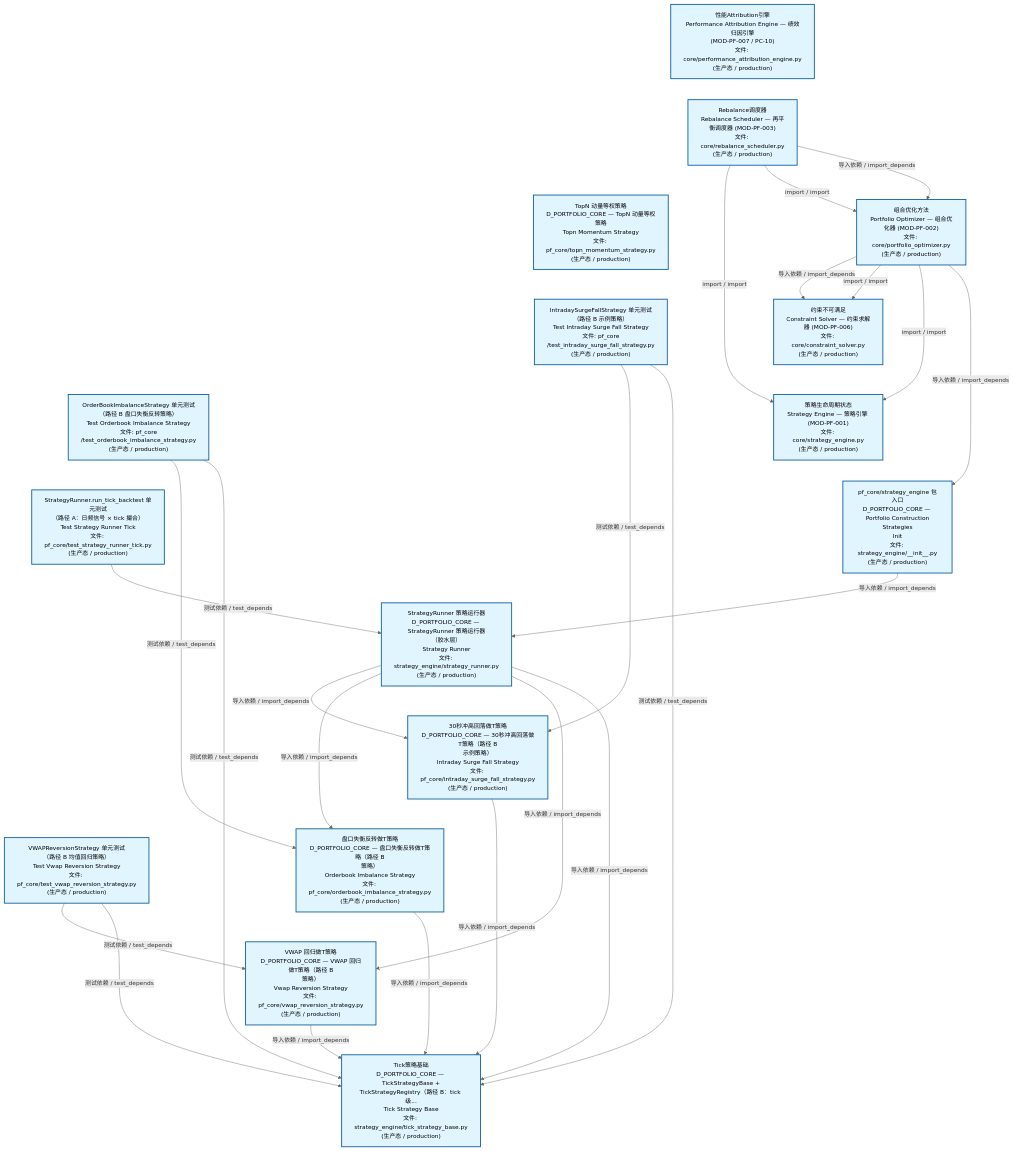
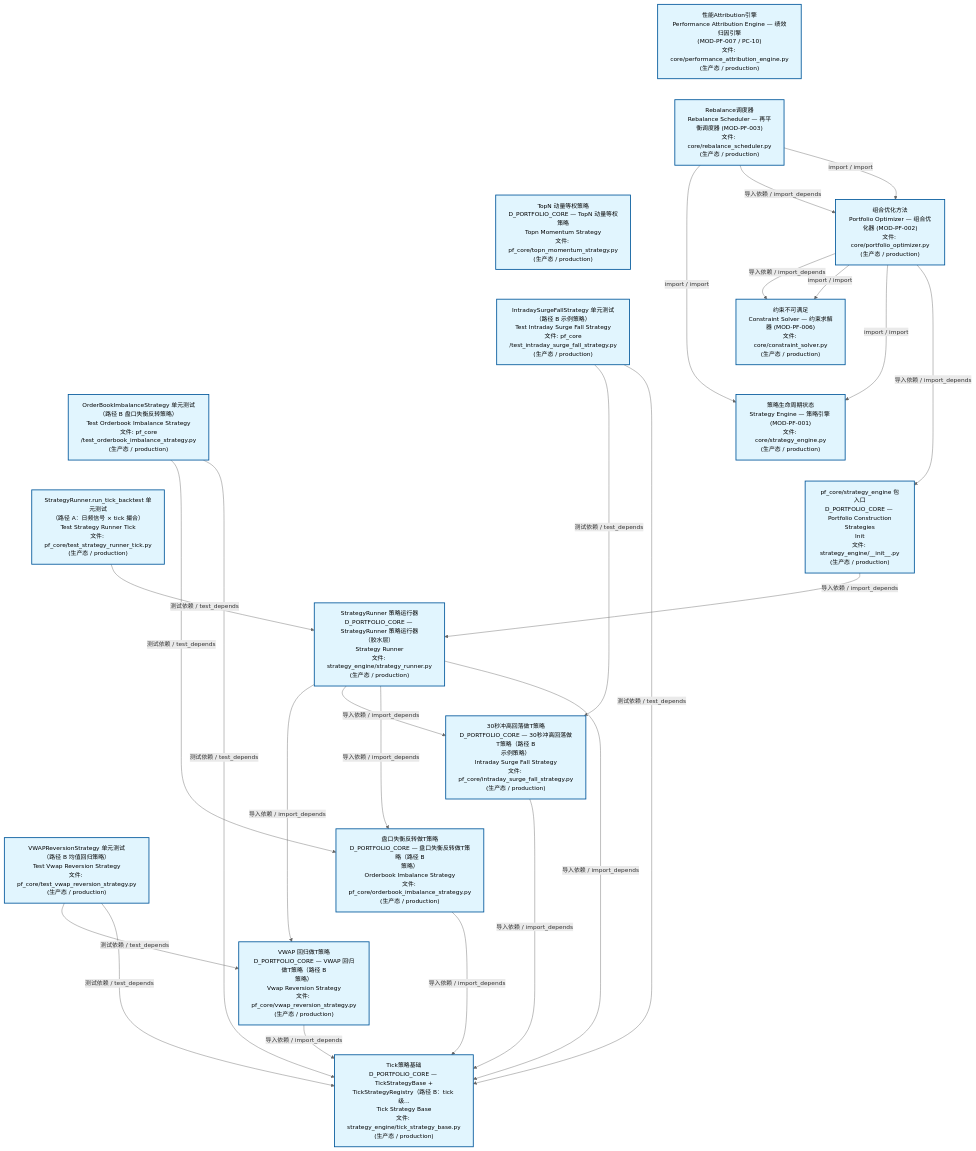
Before and after one commit to xuanFelixVan/ZephyrAlpha: the second of 3 diagrams in docs/02_enterprise_architecture/02_domain_architecture_docs/63_d_pf_core.md, drawn with Mermaid. The commit also changed other lines of this file and 45 other files, not shown here.

````diff
--- a/docs/02_enterprise_architecture/02_domain_architecture_docs/63_d_pf_core.md
+++ b/docs/02_enterprise_architecture/02_domain_architecture_docs/63_d_pf_core.md
@@ -140,57 +139,57 @@
 ```mermaid
 %%{init: {'theme': 'base', 'themeVariables': {'primaryColor': '#eaeaea', 'primaryTextColor': '#333333', 'primaryBorderColor': '#666666', 'lineColor': '#666666', 'secondaryColor': '#eaeaea', 'tertiaryColor': '#eaeaea', 'fontSize': '14px'}}}%%
 flowchart TD
     src_zephyr_pf_core_core_performance_attribution_engine_py["性能Attribution引擎<br/>Performance Attribution Engine — 绩效归因引擎<br/>(MOD-PF-007 / PC-10)<br/>文件: core/performance_attribution_engine.py<br/>(生产态 / production)"]
     src_zephyr_pf_core_core_rebalance_scheduler_py["Rebalance调度器<br/>Rebalance Scheduler — 再平衡调度器 (MOD-PF-003)<br/>文件: core/rebalance_scheduler.py<br/>(生产态 / production)"]
     src_zephyr_pf_core_topn_momentum_strategy_py["TopN 动量等权策略<br/>D_PORTFOLIO_CORE — TopN 动量等权策略<br/>Topn Momentum Strategy<br/>文件: pf_core/topn_momentum_strategy.py<br/>(生产态 / production)"]
     tests_pf_core_test_intraday_surge_fall_strategy_py["IntradaySurgeFallStrategy 单元测试<br/>（路径 B 示例策略）<br/>Test Intraday Surge Fall Strategy<br/>文件: pf_core<br/>/test_intraday_surge_fall_strategy.py<br/>(生产态 / production)"]
     tests_pf_core_test_orderbook_imbalance_strategy_py["OrderBookImbalanceStrategy 单元测试<br/>（路径 B 盘口失衡反转策略）<br/>Test Orderbook Imbalance Strategy<br/>文件: pf_core<br/>/test_orderbook_imbalance_strategy.py<br/>(生产态 / production)"]
     tests_pf_core_test_strategy_runner_tick_py["StrategyRunner.run_tick_backtest 单元测试<br/>（路径 A：日频信号 × tick 撮合）<br/>Test Strategy Runner Tick<br/>文件: pf_core/test_strategy_runner_tick.py<br/>(生产态 / production)"]
     tests_pf_core_test_vwap_reversion_strategy_py["VWAPReversionStrategy 单元测试<br/>（路径 B 均值回归策略）<br/>Test Vwap Reversion Strategy<br/>文件: pf_core/test_vwap_reversion_strategy.py<br/>(生产态 / production)"]
     src_zephyr_pf_core_core_performance_attribution_engine_py ~~~ src_zephyr_pf_core_core_rebalance_scheduler_py
     src_zephyr_pf_core_core_rebalance_scheduler_py ~~~ src_zephyr_pf_core_topn_momentum_strategy_py
     src_zephyr_pf_core_topn_momentum_strategy_py ~~~ tests_pf_core_test_intraday_surge_fall_strategy_py
     tests_pf_core_test_intraday_surge_fall_strategy_py ~~~ tests_pf_core_test_orderbook_imbalance_strategy_py
     tests_pf_core_test_orderbook_imbalance_strategy_py ~~~ tests_pf_core_test_strategy_runner_tick_py
     tests_pf_core_test_strategy_runner_tick_py ~~~ tests_pf_core_test_vwap_reversion_strategy_py
     src_zephyr_pf_core_core_portfolio_optimizer_py["组合优化方法<br/>Portfolio Optimizer — 组合优化器 (MOD-PF-002)<br/>文件: core/portfolio_optimizer.py<br/>(生产态 / production)"]
     src_zephyr_pf_core_core_constraint_solver_py["约束不可满足<br/>Constraint Solver — 约束求解器 (MOD-PF-006)<br/>文件: core/constraint_solver.py<br/>(生产态 / production)"]
     src_zephyr_pf_core_core_strategy_engine_py["策略生命周期状态<br/>Strategy Engine — 策略引擎 (MOD-PF-001)<br/>文件: core/strategy_engine.py<br/>(生产态 / production)"]
     src_zephyr_pf_core_strategy_engine_init_py["pf_core/strategy_engine 包入口<br/>D_PORTFOLIO_CORE — Portfolio Construction<br/>Strategies<br/>Init<br/>文件: strategy_engine/__init__.py<br/>(生产态 / production)"]
     src_zephyr_pf_core_core_constraint_solver_py ~~~ src_zephyr_pf_core_core_strategy_engine_py
     src_zephyr_pf_core_core_strategy_engine_py ~~~ src_zephyr_pf_core_strategy_engine_init_py
     src_zephyr_pf_core_strategy_engine_strategy_runner_py["StrategyRunner 策略运行器<br/>D_PORTFOLIO_CORE — StrategyRunner 策略运行器<br/>（胶水层）<br/>Strategy Runner<br/>文件: strategy_engine/strategy_runner.py<br/>(生产态 / production)"]
     src_zephyr_pf_core_intraday_surge_fall_strategy_py["30秒冲高回落做T策略<br/>D_PORTFOLIO_CORE — 30秒冲高回落做T策略（路径 B<br/>示例策略）<br/>Intraday Surge Fall Strategy<br/>文件: pf_core/intraday_surge_fall_strategy.py<br/>(生产态 / production)"]
     src_zephyr_pf_core_orderbook_imbalance_strategy_py["盘口失衡反转做T策略<br/>D_PORTFOLIO_CORE — 盘口失衡反转做T策略（路径 B<br/>策略）<br/>Orderbook Imbalance Strategy<br/>文件: pf_core/orderbook_imbalance_strategy.py<br/>(生产态 / production)"]
     src_zephyr_pf_core_vwap_reversion_strategy_py["VWAP 回归做T策略<br/>D_PORTFOLIO_CORE — VWAP 回归做T策略（路径 B<br/>策略）<br/>Vwap Reversion Strategy<br/>文件: pf_core/vwap_reversion_strategy.py<br/>(生产态 / production)"]
     src_zephyr_pf_core_intraday_surge_fall_strategy_py ~~~ src_zephyr_pf_core_orderbook_imbalance_strategy_py
     src_zephyr_pf_core_orderbook_imbalance_strategy_py ~~~ src_zephyr_pf_core_vwap_reversion_strategy_py
     src_zephyr_pf_core_strategy_engine_tick_strategy_base_py["Tick策略基础<br/>D_PORTFOLIO_CORE — TickStrategyBase +<br/>TickStrategyRegistry（路径 B：tick 级...<br/>Tick Strategy Base<br/>文件: strategy_engine/tick_strategy_base.py<br/>(生产态 / production)"]
+    src_zephyr_pf_core_vwap_reversion_strategy_py -->|导入依赖 / import_depends| src_zephyr_pf_core_strategy_engine_tick_strategy_base_py
     src_zephyr_pf_core_intraday_surge_fall_strategy_py -->|导入依赖 / import_depends| src_zephyr_pf_core_strategy_engine_tick_strategy_base_py
     src_zephyr_pf_core_orderbook_imbalance_strategy_py -->|导入依赖 / import_depends| src_zephyr_pf_core_strategy_engine_tick_strategy_base_py
-    src_zephyr_pf_core_vwap_reversion_strategy_py -->|导入依赖 / import_depends| src_zephyr_pf_core_strategy_engine_tick_strategy_base_py
+    src_zephyr_pf_core_core_rebalance_scheduler_py -->|import / import| src_zephyr_pf_core_core_strategy_engine_py
+    src_zephyr_pf_core_core_rebalance_scheduler_py -->|导入依赖 / import_depends| src_zephyr_pf_core_core_portfolio_optimizer_py
+    src_zephyr_pf_core_core_rebalance_scheduler_py -->|import / import| src_zephyr_pf_core_core_portfolio_optimizer_py
     src_zephyr_pf_core_core_portfolio_optimizer_py -->|导入依赖 / import_depends| src_zephyr_pf_core_core_constraint_solver_py
     src_zephyr_pf_core_core_portfolio_optimizer_py -->|import / import| src_zephyr_pf_core_core_constraint_solver_py
     src_zephyr_pf_core_core_portfolio_optimizer_py -->|import / import| src_zephyr_pf_core_core_strategy_engine_py
     src_zephyr_pf_core_core_portfolio_optimizer_py -->|导入依赖 / import_depends| src_zephyr_pf_core_strategy_engine_init_py
-    src_zephyr_pf_core_core_rebalance_scheduler_py -->|import / import| src_zephyr_pf_core_core_strategy_engine_py
-    src_zephyr_pf_core_core_rebalance_scheduler_py -->|import / import| src_zephyr_pf_core_core_portfolio_optimizer_py
-    src_zephyr_pf_core_core_rebalance_scheduler_py -->|导入依赖 / import_depends| src_zephyr_pf_core_core_portfolio_optimizer_py
+    src_zephyr_pf_core_strategy_engine_strategy_runner_py -->|导入依赖 / import_depends| src_zephyr_pf_core_vwap_reversion_strategy_py
     src_zephyr_pf_core_strategy_engine_strategy_runner_py -->|导入依赖 / import_depends| src_zephyr_pf_core_intraday_surge_fall_strategy_py
     src_zephyr_pf_core_strategy_engine_strategy_runner_py -->|导入依赖 / import_depends| src_zephyr_pf_core_orderbook_imbalance_strategy_py
-    src_zephyr_pf_core_strategy_engine_strategy_runner_py -->|导入依赖 / import_depends| src_zephyr_pf_core_vwap_reversion_strategy_py
     src_zephyr_pf_core_strategy_engine_strategy_runner_py -->|导入依赖 / import_depends| src_zephyr_pf_core_strategy_engine_tick_strategy_base_py
     src_zephyr_pf_core_strategy_engine_init_py -->|导入依赖 / import_depends| src_zephyr_pf_core_strategy_engine_strategy_runner_py
+    tests_pf_core_test_intraday_surge_fall_strategy_py -->|测试依赖 / test_depends| src_zephyr_pf_core_intraday_surge_fall_strategy_py
+    tests_pf_core_test_intraday_surge_fall_strategy_py -->|测试依赖 / test_depends| src_zephyr_pf_core_strategy_engine_tick_strategy_base_py
     tests_pf_core_test_orderbook_imbalance_strategy_py -->|测试依赖 / test_depends| src_zephyr_pf_core_orderbook_imbalance_strategy_py
     tests_pf_core_test_orderbook_imbalance_strategy_py -->|测试依赖 / test_depends| src_zephyr_pf_core_strategy_engine_tick_strategy_base_py
-    tests_pf_core_test_intraday_surge_fall_strategy_py -->|测试依赖 / test_depends| src_zephyr_pf_core_intraday_surge_fall_strategy_py
-    tests_pf_core_test_intraday_surge_fall_strategy_py -->|测试依赖 / test_depends| src_zephyr_pf_core_strategy_engine_tick_strategy_base_py
-    tests_pf_core_test_strategy_runner_tick_py -->|测试依赖 / test_depends| src_zephyr_pf_core_strategy_engine_strategy_runner_py
     tests_pf_core_test_vwap_reversion_strategy_py -->|测试依赖 / test_depends| src_zephyr_pf_core_vwap_reversion_strategy_py
     tests_pf_core_test_vwap_reversion_strategy_py -->|测试依赖 / test_depends| src_zephyr_pf_core_strategy_engine_tick_strategy_base_py
+    tests_pf_core_test_strategy_runner_tick_py -->|测试依赖 / test_depends| src_zephyr_pf_core_strategy_engine_strategy_runner_py
     classDef production fill:#e1f5fe,stroke:#01579b,stroke-width:2px,color:#000
     classDef design fill:#fff3e0,stroke:#e65100,stroke-width:2px,color:#000,stroke-dasharray: 5 5
     classDef external_prod fill:#e8f4fd,stroke:#0277bd,stroke-width:1px,color:#000
     classDef external_design fill:#fff8e7,stroke:#ef6c00,stroke-width:1px,color:#000,stroke-dasharray: 5 5
     class src_zephyr_pf_core_core_constraint_solver_py,src_zephyr_pf_core_core_performance_attribution_engine_py,src_zephyr_pf_core_core_portfolio_optimizer_py,src_zephyr_pf_core_core_rebalance_scheduler_py,src_zephyr_pf_core_core_strategy_engine_py,src_zephyr_pf_core_intraday_surge_fall_strategy_py,src_zephyr_pf_core_orderbook_imbalance_strategy_py,src_zephyr_pf_core_strategy_engine_init_py,src_zephyr_pf_core_strategy_engine_strategy_runner_py,src_zephyr_pf_core_strategy_engine_tick_strategy_base_py,src_zephyr_pf_core_topn_momentum_strategy_py,src_zephyr_pf_core_vwap_reversion_strategy_py,tests_pf_core_test_intraday_surge_fall_strategy_py,tests_pf_core_test_orderbook_imbalance_strategy_py,tests_pf_core_test_strategy_runner_tick_py,tests_pf_core_test_vwap_reversion_strategy_py production
 ```
````
